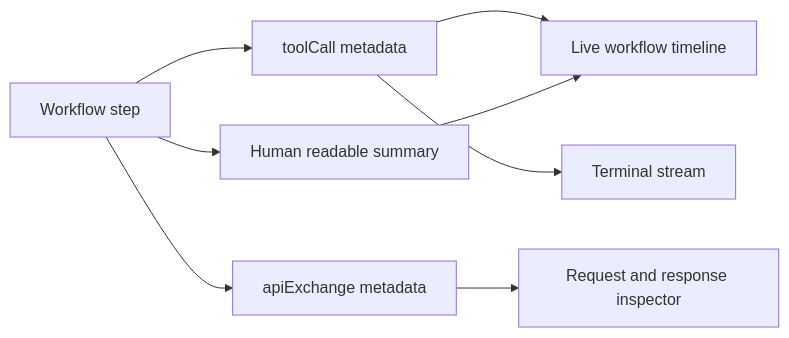
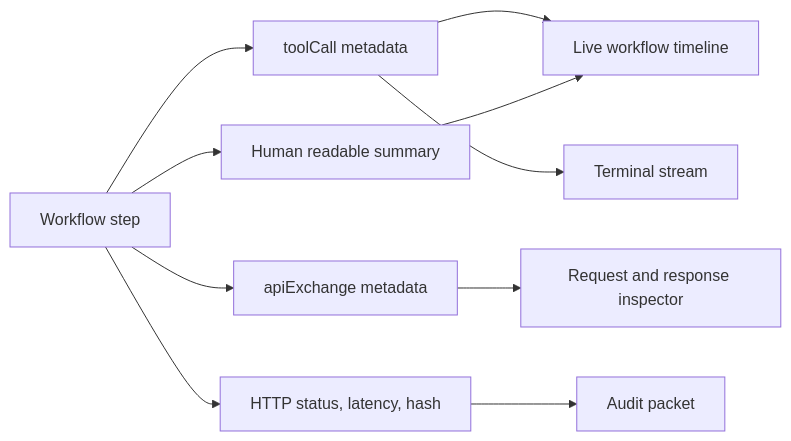
Before and after one commit to roshaninfordham/healthagentpassport: the fourth of 6 diagrams in docs/architecture.md, drawn with Mermaid. The commit also changed other lines of this file and 34 other files, not shown here.

````diff
--- a/docs/architecture.md
+++ b/docs/architecture.md
@@ -83,10 +83,12 @@
 ```mermaid
 flowchart LR
   Step["Workflow step"] --> Tool["toolCall metadata"]
   Step --> Api["apiExchange metadata"]
+  Step --> Proof["HTTP status, latency, hash"]
   Step --> Summary["Human readable summary"]
   Tool --> Timeline["Live workflow timeline"]
   Api --> Inspector["Request and response inspector"]
+  Proof --> Packet["Audit packet"]
   Tool --> CLI["Terminal stream"]
   Summary --> Timeline
 ```
````
